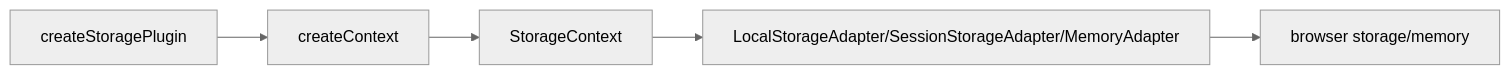
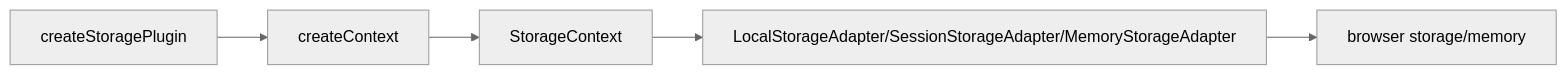
One commit to vuetifyjs/0 changed the diagram in apps/docs/src/pages/composables/plugins/use-storage.md. Above: the diagram before and after it, drawn with Mermaid (neutral theme). The commit also changed other lines of this file and 10 other files, not shown here.

Commit message:
refactor(useStorage): rename MemoryAdapter to MemoryStorageAdapter and promote interface to abstract class

````diff
--- a/apps/docs/src/pages/composables/plugins/use-storage.md
+++ b/apps/docs/src/pages/composables/plugins/use-storage.md
@@ -120,7 +120,7 @@
 ```mermaid "Storage Plugin"
 flowchart LR
   createStoragePlugin --> createContext
   createContext --> StorageContext
-  StorageContext --> Adapter[LocalStorageAdapter/SessionStorageAdapter/MemoryAdapter]
+  StorageContext --> Adapter[LocalStorageAdapter/SessionStorageAdapter/MemoryStorageAdapter]
   Adapter --> storage[browser storage/memory]
 ```
````
